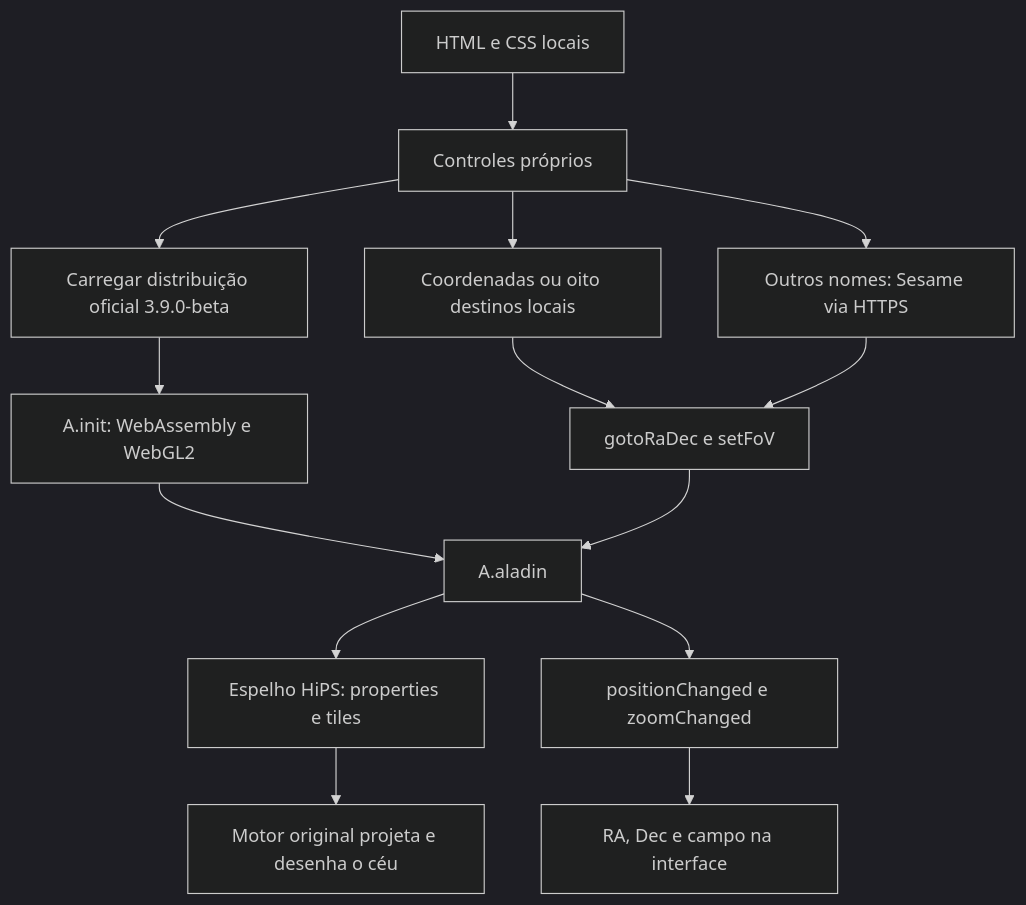
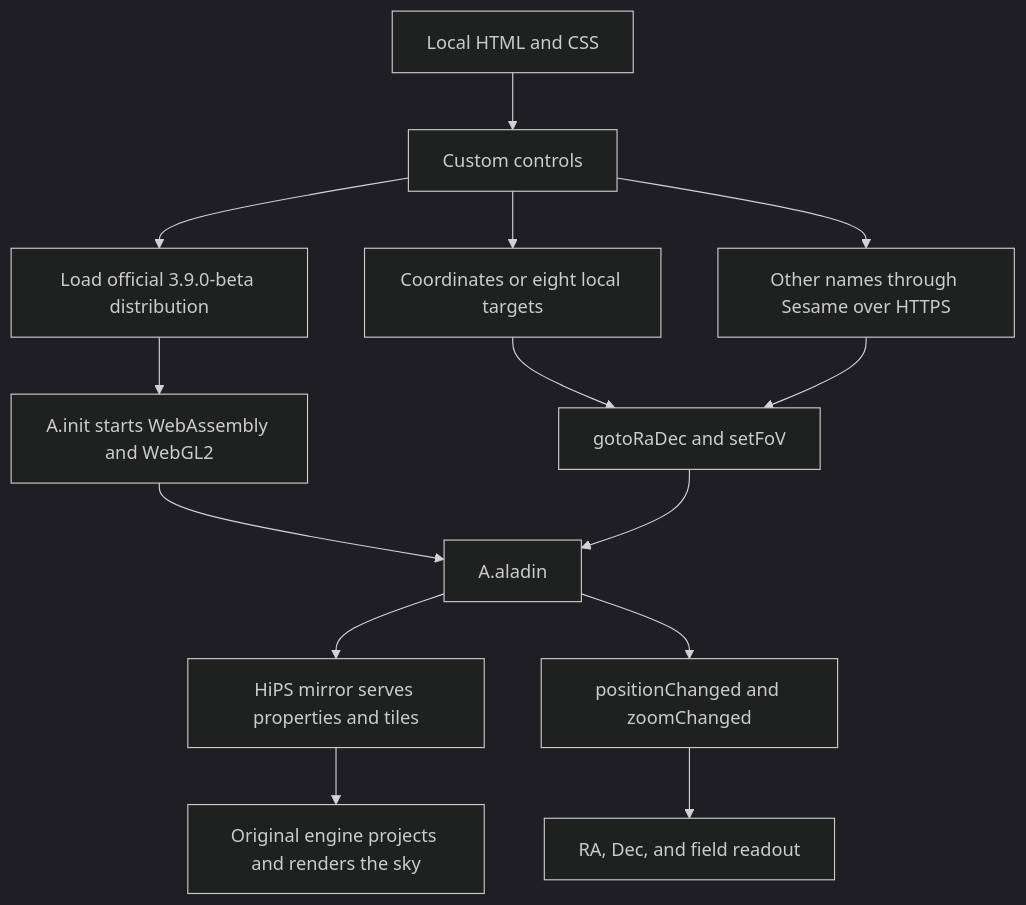
The diagram in docs/arquitetura.md (LucaBendasoli/NASA_Space_Apps_Challange), drawn with Mermaid (dark theme) before and after one commit. The commit also changed other lines of this file, not shown here.

Commit message:
Translate the architecture investigation

````diff
--- a/docs/arquitetura.md
+++ b/docs/arquitetura.md
@@ -49,16 +49,16 @@
 ```mermaid
 flowchart TD
-  HTML[HTML e CSS locais] --> UI[Controles próprios]
-  UI --> BOOT[Carregar distribuição oficial 3.9.0-beta]
-  BOOT --> INIT[A.init: WebAssembly e WebGL2]
+  HTML[Local HTML and CSS] --> UI[Custom controls]
+  UI --> BOOT[Load official 3.9.0-beta distribution]
+  BOOT --> INIT[A.init starts WebAssembly and WebGL2]
   INIT --> ATLAS[A.aladin]
-  ATLAS --> HIPS[Espelho HiPS: properties e tiles]
-  HIPS --> GPU[Motor original projeta e desenha o céu]
-  UI --> LOCAL[Coordenadas ou oito destinos locais]
-  UI --> SESAME[Outros nomes: Sesame via HTTPS]
-  LOCAL --> CAMERA[gotoRaDec e setFoV]
+  ATLAS --> HIPS[HiPS mirror serves properties and tiles]
+  HIPS --> GPU[Original engine projects and renders the sky]
+  UI --> LOCAL[Coordinates or eight local targets]
+  UI --> SESAME[Other names through Sesame over HTTPS]
+  LOCAL --> CAMERA[gotoRaDec and setFoV]
   SESAME --> CAMERA
   CAMERA --> ATLAS
-  ATLAS --> EVENTS[positionChanged e zoomChanged]
-  EVENTS --> READOUT[RA, Dec e campo na interface]
+  ATLAS --> EVENTS[positionChanged and zoomChanged]
+  EVENTS --> READOUT[RA, Dec, and field readout]
 ```
````
